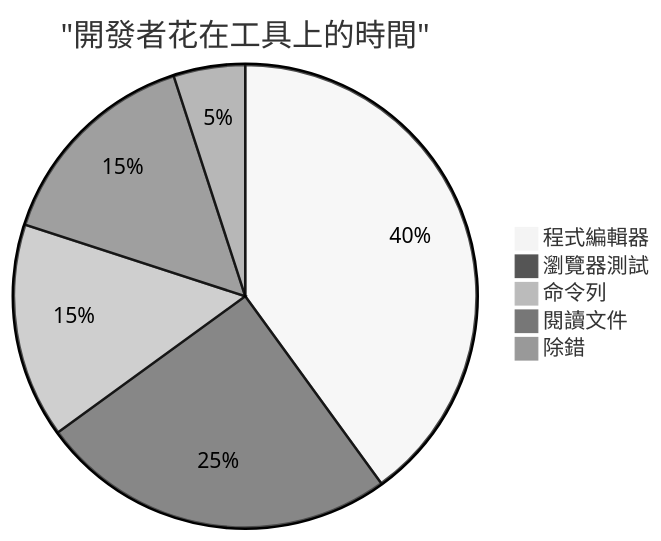
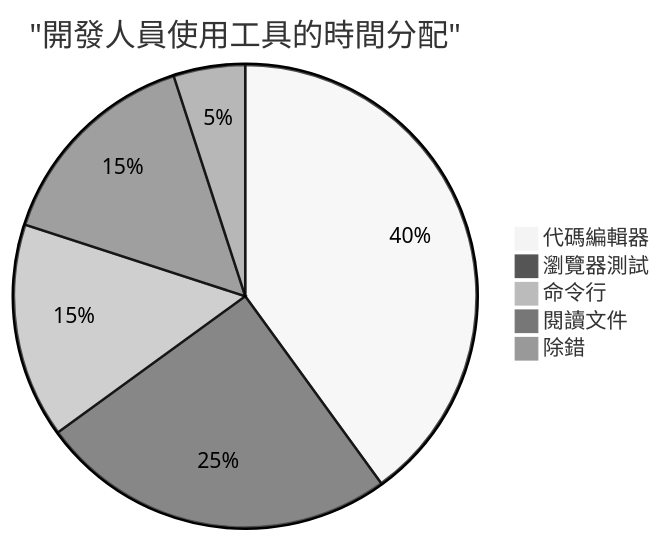
Before and after one commit to microsoft/Web-Dev-For-Beginners: the sixth of 7 diagrams in translations/zh-MO/1-getting-started-lessons/1-intro-to-programming-languages/README.md, drawn with Mermaid (neutral theme). The commit also changed other lines of this file and 8 other files, not shown here.

````diff
--- a/translations/zh-MO/1-getting-started-lessons/1-intro-to-programming-languages/README.md
+++ b/translations/zh-MO/1-getting-started-lessons/1-intro-to-programming-languages/README.md
@@ -711,8 +711,8 @@
 ```mermaid
-pie title "開發者花在工具上的時間"
-    "程式編輯器" : 40
+pie title "開發人員使用工具的時間分配"
+    "代碼編輯器" : 40
     "瀏覽器測試" : 25
-    "命令列" : 15
+    "命令行" : 15
     "閱讀文件" : 15
     "除錯" : 5
 ```
````
